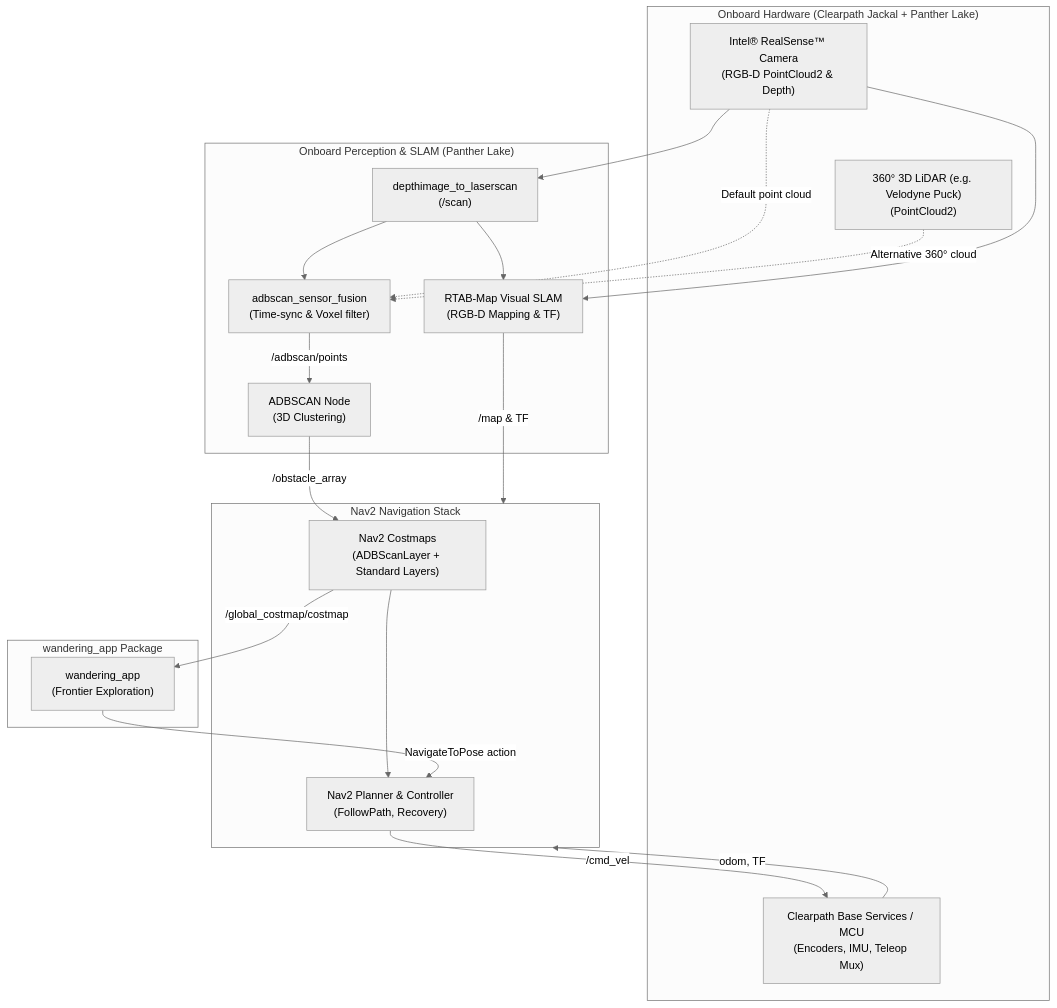
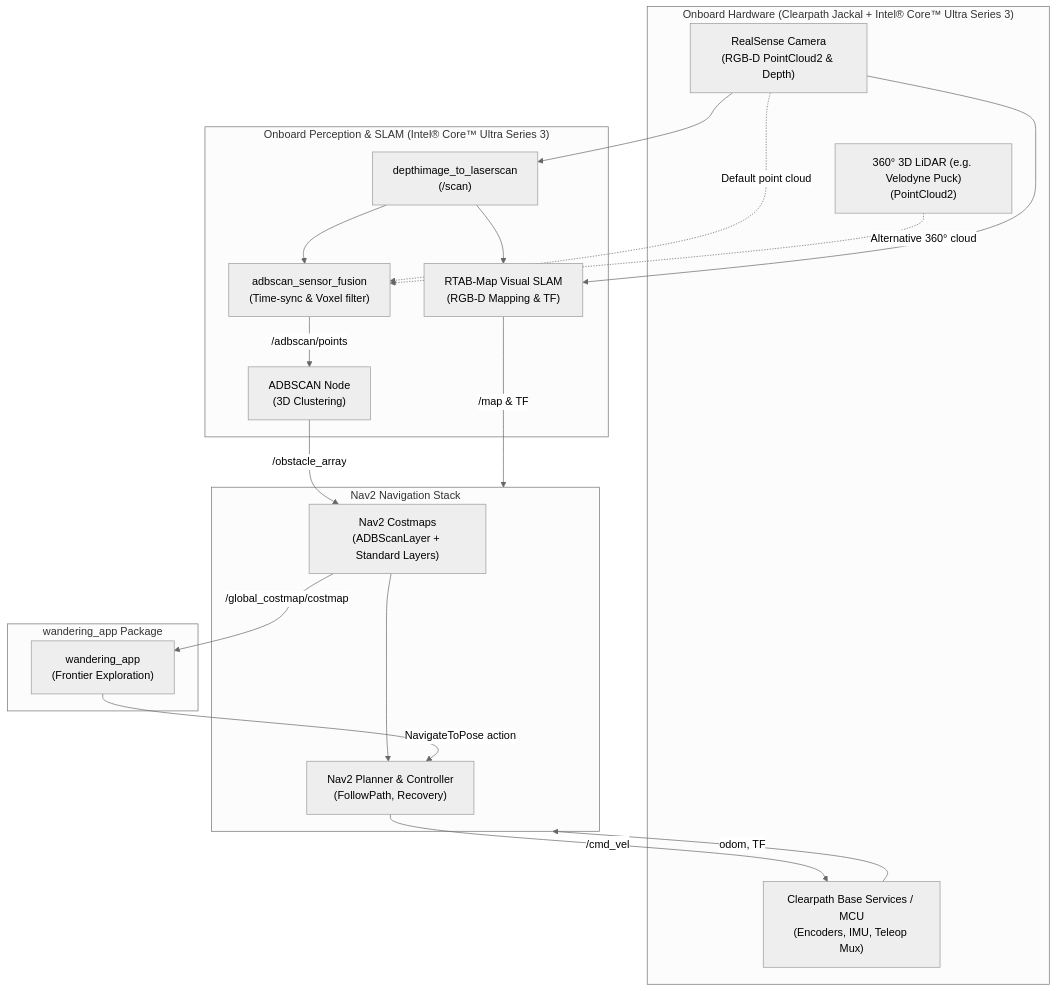
One commit to jouillet/robotics-ai-suite changed the diagram in docs/user-guide/software_references/amr/deployment/wandering_deploy.md. Above: the diagram before and after it, drawn with Mermaid (neutral theme). The commit also changed other lines of this file and 187 other files, not shown here.

````diff
--- a/docs/user-guide/software_references/amr/deployment/wandering_deploy.md
+++ b/docs/user-guide/software_references/amr/deployment/wandering_deploy.md
@@ -11,39 +11,39 @@
 ```{mermaid}
 flowchart TD
-    subgraph Hardware["Onboard Hardware (Clearpath Jackal + Panther Lake)"]
-        RS["Intel® RealSense™ Camera\n(RGB-D PointCloud2 & Depth)"]
+    subgraph Hardware["Onboard Hardware (Clearpath Jackal + Intel® Core™ Ultra Series 3)"]
+        RS["RealSense Camera\n(RGB-D PointCloud2 & Depth)"]
         LiDAR3D["360° 3D LiDAR (e.g. Velodyne Puck)\n(PointCloud2)"]
         BaseServices["Clearpath Base Services / MCU\n(Encoders, IMU, Teleop Mux)"]
     end
 
-    subgraph Perception["Onboard Perception & SLAM (Panther Lake)"]
+    subgraph Perception["Onboard Perception & SLAM (Intel® Core™ Ultra Series 3)"]
         D2L["depthimage_to_laserscan\n(/scan)"]
         Fusion["adbscan_sensor_fusion\n(Time-sync & Voxel filter)"]
         ADBSCAN["ADBSCAN Node\n(3D Clustering)"]
         RTAB["RTAB-Map Visual SLAM\n(RGB-D Mapping & TF)"]
     end
 
     subgraph Navigation["Nav2 Navigation Stack"]
         Costmap["Nav2 Costmaps\n(ADBScanLayer + Standard Layers)"]
         NavServer["Nav2 Planner & Controller\n(FollowPath, Recovery)"]
     end
 
     subgraph Application["wandering_app Package"]
         WanderApp["wandering_app\n(Frontier Exploration)"]
     end
 
     RS --> D2L
     RS -.->|"Default point cloud"| Fusion
     LiDAR3D -.->|"Alternative 360° cloud"| Fusion
     D2L --> Fusion
     RS --> RTAB
     D2L --> RTAB
     Fusion -->|"/adbscan/points"| ADBSCAN
     ADBSCAN -->|"/obstacle_array"| Costmap
     RTAB -->|"/map & TF"| Navigation
     BaseServices -->|"odom, TF"| Navigation
     Costmap --> NavServer
     Costmap -->|"/global_costmap/costmap"| WanderApp
     WanderApp -->|"NavigateToPose action"| NavServer
     NavServer -->|"/cmd_vel"| BaseServices
 ```
````
